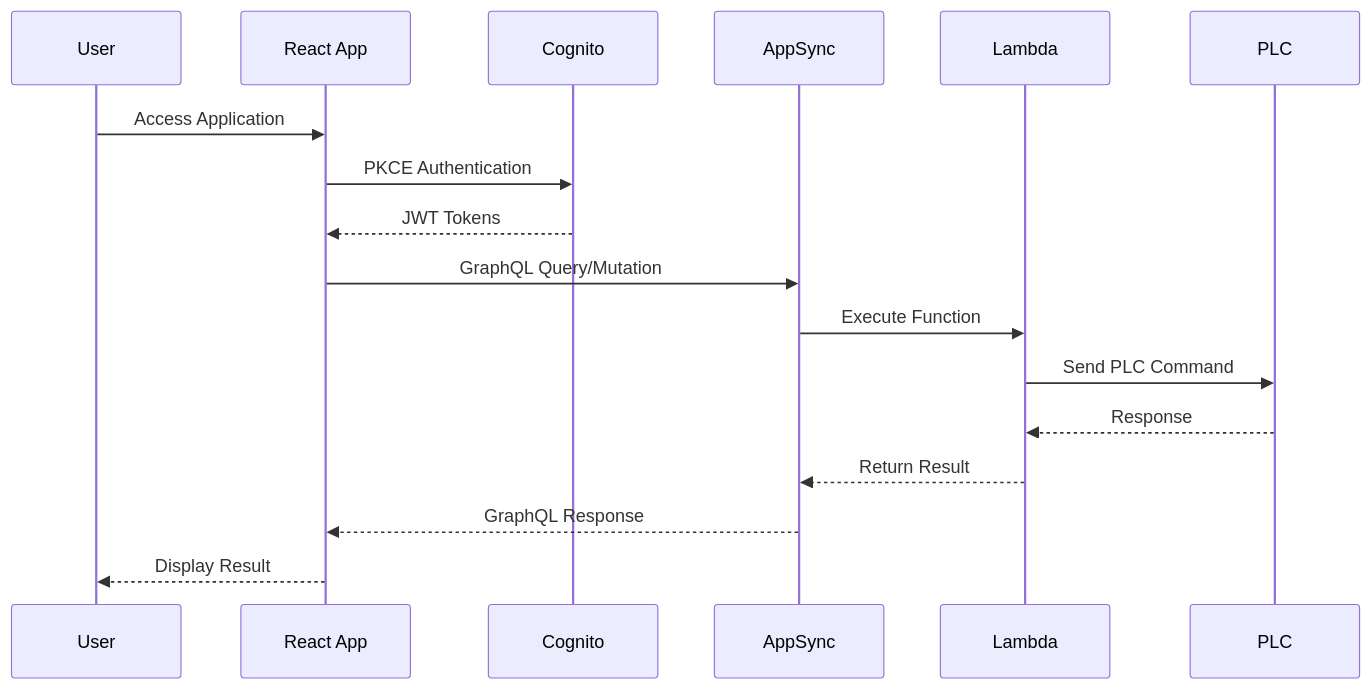
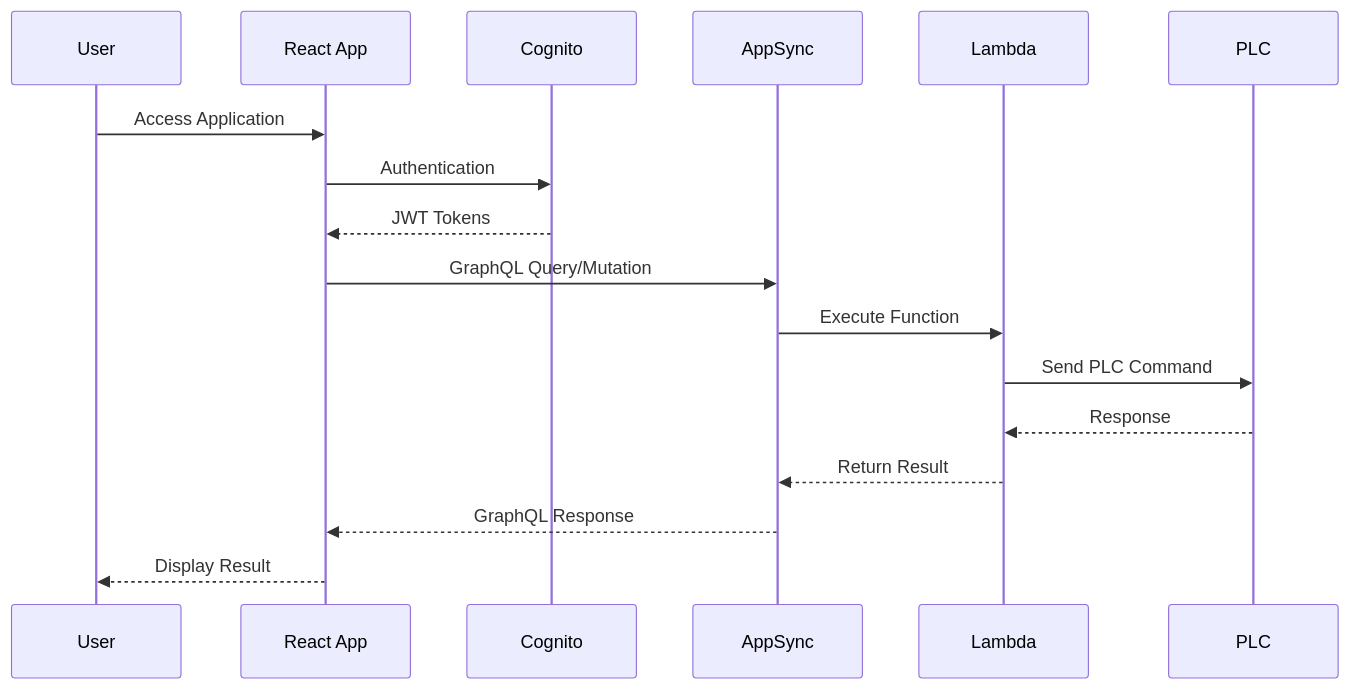
Before and after one commit to yuu551/react-amplify: the second of 2 diagrams in README.md, drawn with Mermaid. The commit also changed other lines of this file, not shown here.

````diff
--- a/README.md
+++ b/README.md
@@ -68,20 +67,20 @@
 ```mermaid
 sequenceDiagram
     participant U as User
     participant R as React App
     participant C as Cognito
     participant A as AppSync
     participant L as Lambda
     participant P as PLC
     
     U->>R: Access Application
-    R->>C: PKCE Authentication
+    R->>C: Authentication
     C-->>R: JWT Tokens
     R->>A: GraphQL Query/Mutation
     A->>L: Execute Function
     L->>P: Send PLC Command
     P-->>L: Response
     L-->>A: Return Result
     A-->>R: GraphQL Response
     R-->>U: Display Result
 ```
````
